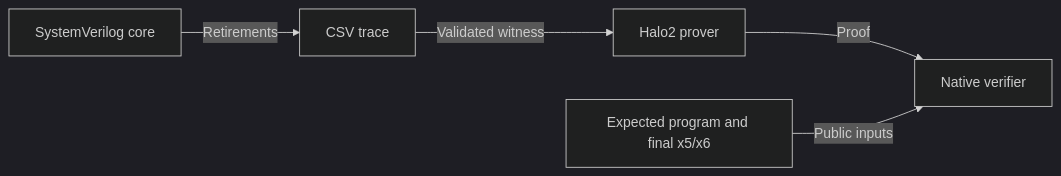
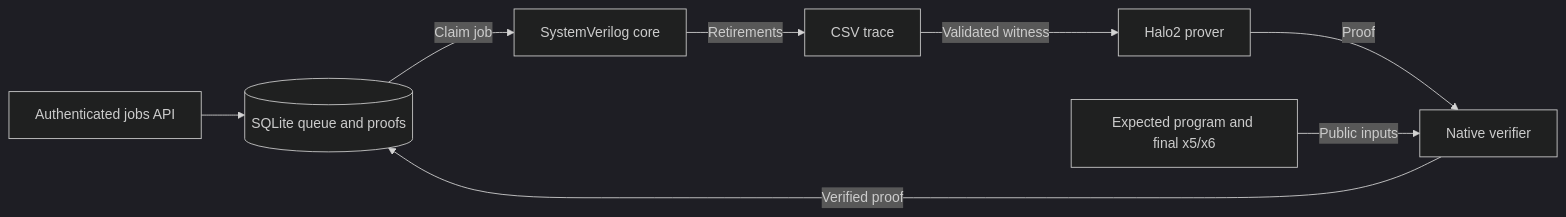
One commit to DaxYang-03/zk-riscv changed the diagram in README.md. Above: the diagram before and after it, drawn with Mermaid (dark theme). The commit also changed other lines of this file and 24 other files, not shown here.

````diff
--- a/README.md
+++ b/README.md
@@ -39,7 +63,10 @@
 ```mermaid
 flowchart LR
-    A[SystemVerilog core] -->|Retirements| B[CSV trace]
+    J[Authenticated jobs API] --> Q[(SQLite queue and proofs)]
+    Q -->|Claim job| A[SystemVerilog core]
+    A -->|Retirements| B[CSV trace]
     B -->|Validated witness| C[Halo2 prover]
     C -->|Proof| E[Native verifier]
     D[Expected program and final x5/x6] -->|Public inputs| E
+    E -->|Verified proof| Q
 ```
````
